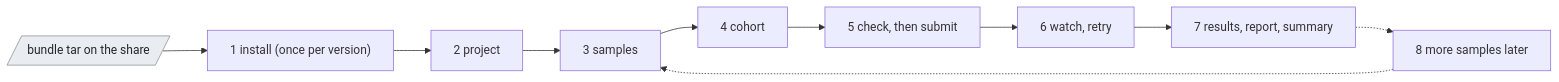
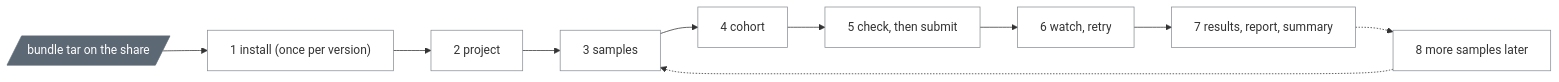
Before and after one commit to UppsalaGenomeCenter/ugc-wgw: the diagram in docs/guide/00-quick-start.md, drawn with Mermaid. The commit also changed 51 other files, not shown here.

````diff
--- a/docs/guide/00-quick-start.md
+++ b/docs/guide/00-quick-start.md
@@ -8,9 +8,10 @@
 ```mermaid
 flowchart LR
   b[/"bundle tar on the share"/]:::data --> i["1 install (once per version)"]
   i --> p["2 project"] --> s["3 samples"] --> c["4 cohort"]
   c --> r["5 check, then submit"] --> w["6 watch, retry"]
   w --> o["7 results, report, summary"]
   o -.-> a["8 more samples later"] -.-> s
-  classDef data fill:#e9edf1,stroke:#8a8f95,color:#22272e
+  classDef default fill:none,stroke:#8a8f95
+  classDef data fill:#5d6875,stroke:#5d6875,color:#ffffff
 ```
````
